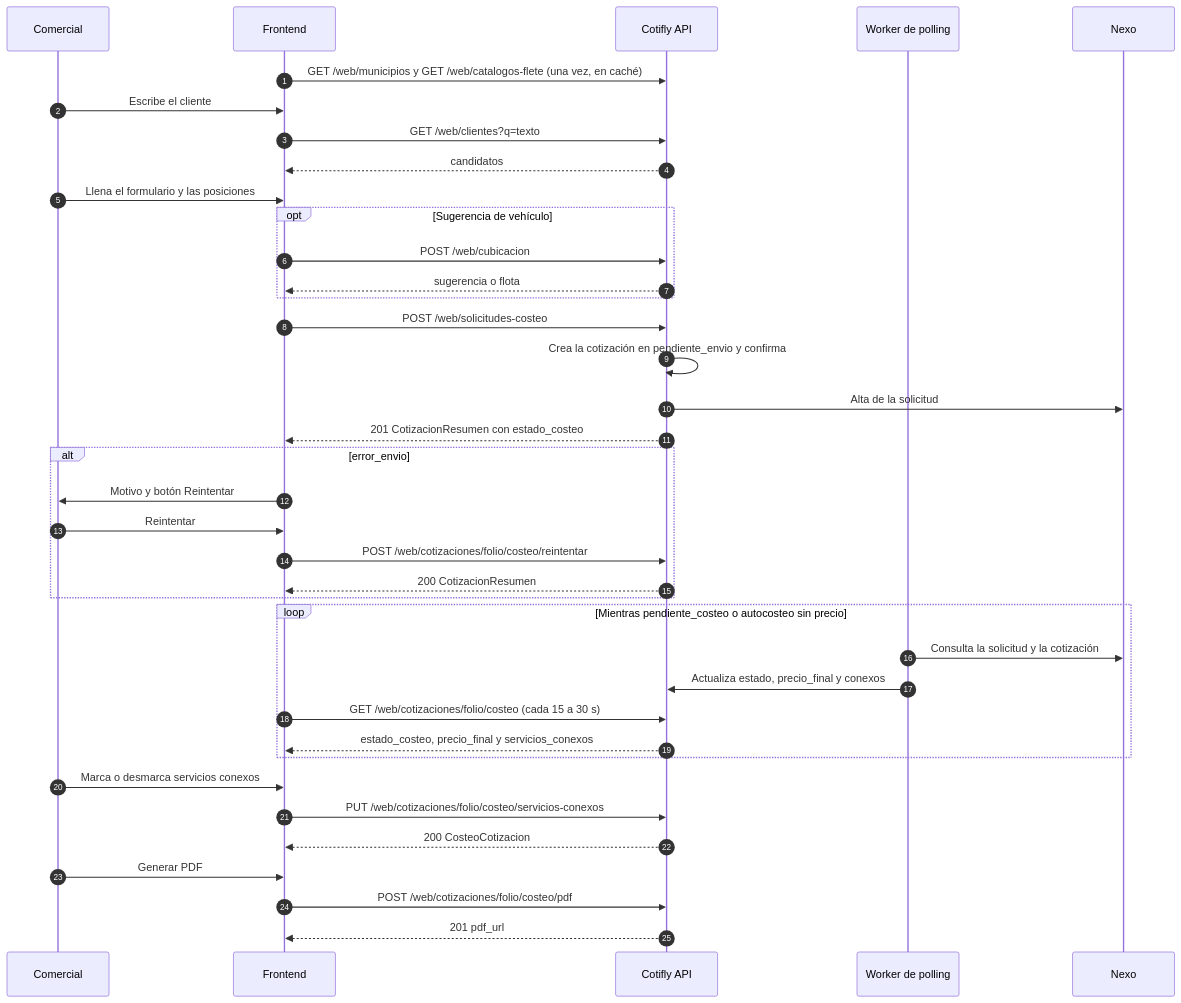
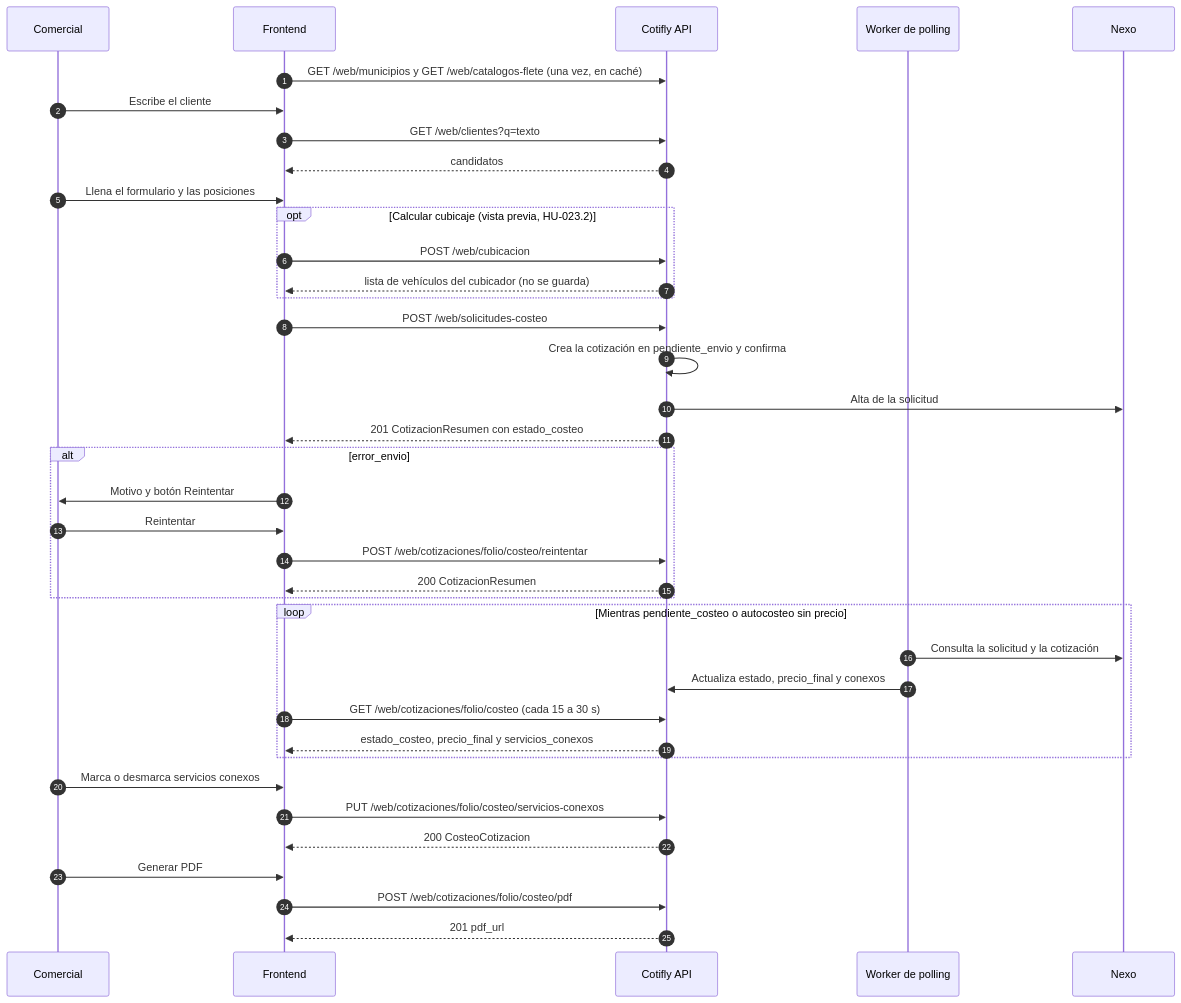
The fourth of 11 diagrams in docs/docs_front/GUIA_FRONTEND_COTIFLY.md (InnovacionIA-proyectos/Cotifly), drawn with Mermaid before and after one commit. The commit also changed other lines of this file and 32 other files, not shown here.

First line of the commit message:
HU-023.2 (#157): "Calcular cubicaje" contra el cubicador

````diff
--- a/docs/docs_front/GUIA_FRONTEND_COTIFLY.md
+++ b/docs/docs_front/GUIA_FRONTEND_COTIFLY.md
@@ -1805,40 +1825,40 @@
 ```mermaid
 sequenceDiagram
     autonumber
     participant U as Comercial
     participant F as Frontend
     participant A as Cotifly API
     participant W as Worker de polling
     participant N as Nexo
     F->>A: GET /web/municipios y GET /web/catalogos-flete (una vez, en caché)
     U->>F: Escribe el cliente
     F->>A: GET /web/clientes?q=texto
     A-->>F: candidatos
     U->>F: Llena el formulario y las posiciones
-    opt Sugerencia de vehículo
+    opt Calcular cubicaje (vista previa, HU-023.2)
         F->>A: POST /web/cubicacion
-        A-->>F: sugerencia o flota
+        A-->>F: lista de vehículos del cubicador (no se guarda)
     end
     F->>A: POST /web/solicitudes-costeo
     A->>A: Crea la cotización en pendiente_envio y confirma
     A->>N: Alta de la solicitud
     A-->>F: 201 CotizacionResumen con estado_costeo
     alt error_envio
         F->>U: Motivo y botón Reintentar
         U->>F: Reintentar
         F->>A: POST /web/cotizaciones/folio/costeo/reintentar
         A-->>F: 200 CotizacionResumen
     end
     loop Mientras pendiente_costeo o autocosteo sin precio
         W->>N: Consulta la solicitud y la cotización
         W->>A: Actualiza estado, precio_final y conexos
         F->>A: GET /web/cotizaciones/folio/costeo (cada 15 a 30 s)
         A-->>F: estado_costeo, precio_final y servicios_conexos
     end
     U->>F: Marca o desmarca servicios conexos
     F->>A: PUT /web/cotizaciones/folio/costeo/servicios-conexos
     A-->>F: 200 CosteoCotizacion
     U->>F: Generar PDF
     F->>A: POST /web/cotizaciones/folio/costeo/pdf
     A-->>F: 201 pdf_url
 ```
````
